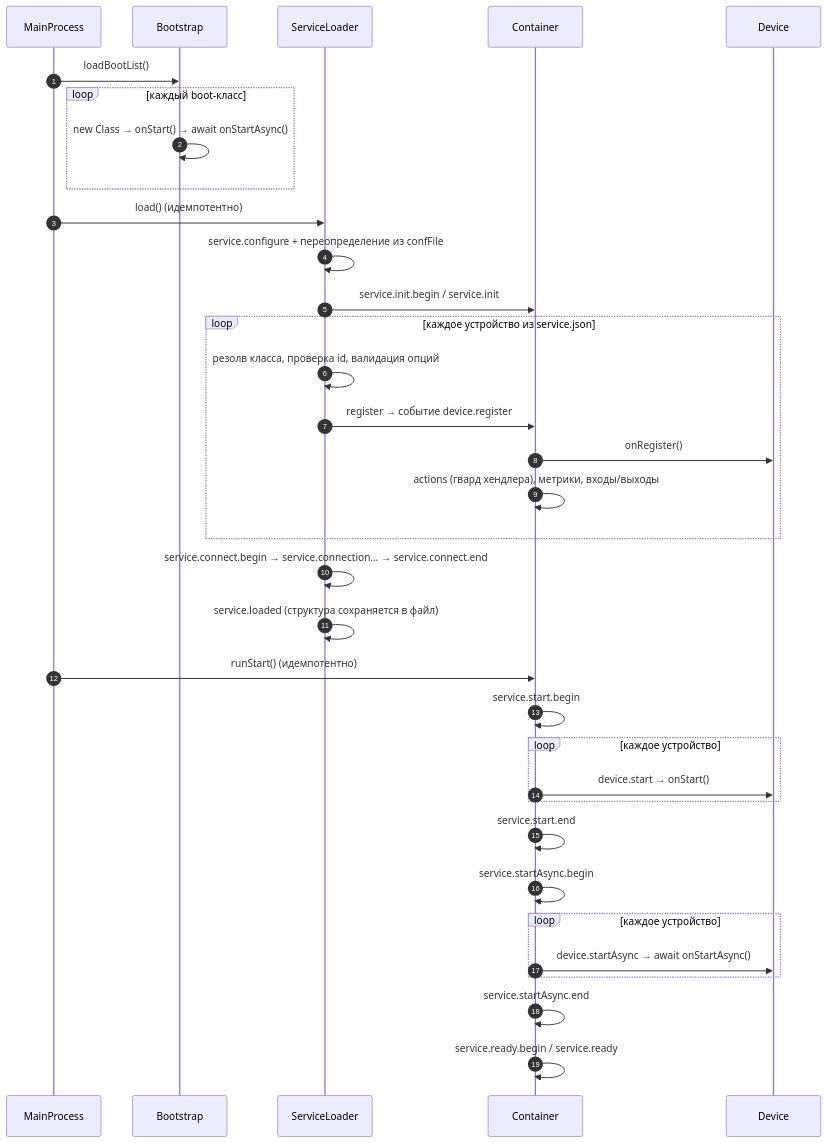
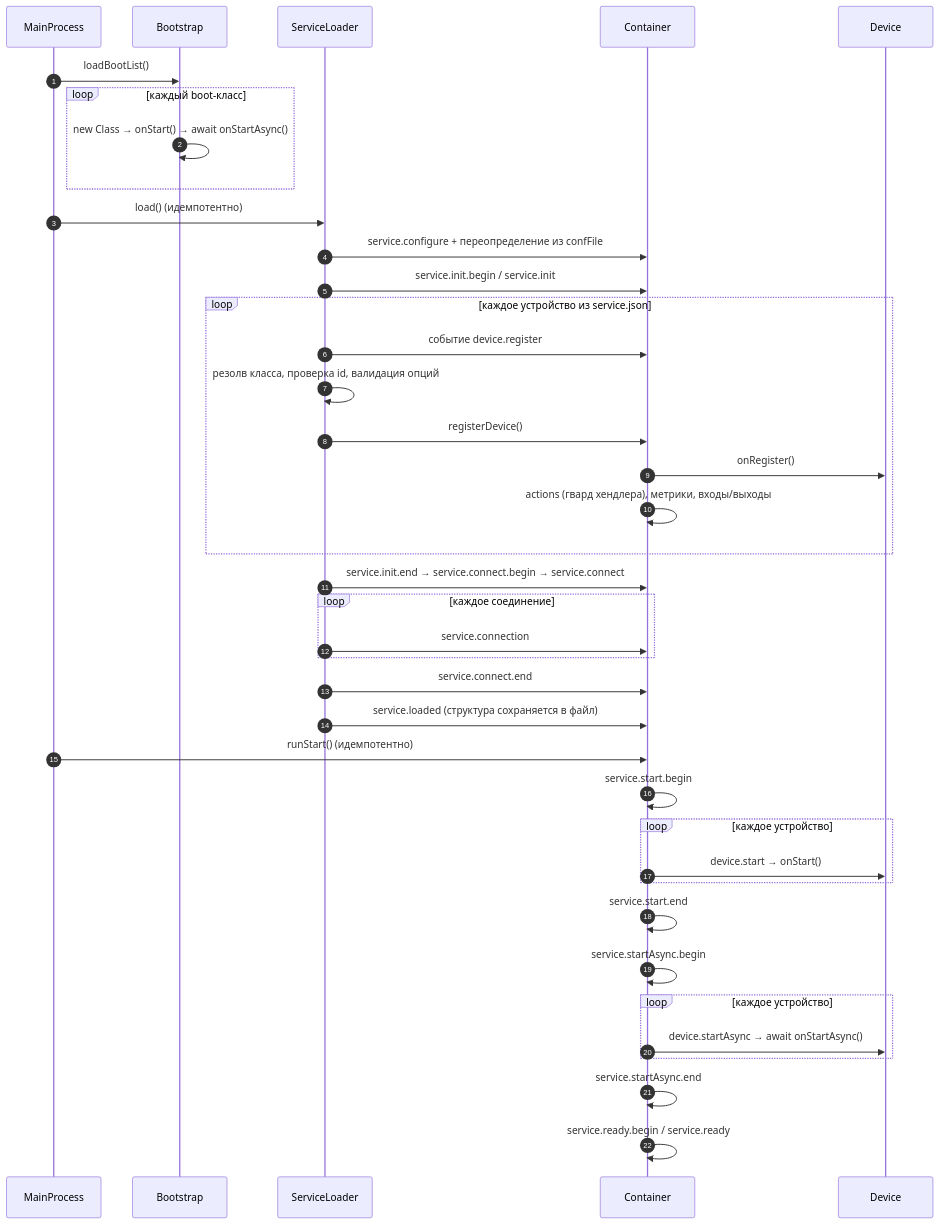
Before and after one commit to VRack2/vrack2-core: the first of 2 diagrams in docs/01-Architecture.md, drawn with Mermaid. The commit also changed other lines of this file and 30 other files, not shown here.

````diff
--- a/docs/01-Architecture.md
+++ b/docs/01-Architecture.md
@@ -35,37 +35,42 @@
 ```mermaid
 sequenceDiagram
     autonumber
     participant MP as MainProcess
     participant BS as Bootstrap
     participant SL as ServiceLoader
     participant C as Container
     participant D as Device
 
     MP->>BS: loadBootList()
     loop каждый boot-класс
         BS->>BS: new Class → onStart() → await onStartAsync()
     end
     MP->>SL: load()  (идемпотентно)
-    SL->>SL: service.configure + переопределение из confFile
+    SL->>C: service.configure + переопределение из confFile
     SL->>C: service.init.begin / service.init
     loop каждое устройство из service.json
+        SL->>C: событие device.register
         SL->>SL: резолв класса, проверка id, валидация опций
-        SL->>C: register → событие device.register
+        SL->>C: registerDevice()
         C->>D: onRegister()
         C->>C: actions (гвард хендлера), метрики, входы/выходы
     end
-    SL->>SL: service.connect.begin → service.connection… → service.connect.end
-    SL->>SL: service.loaded  (структура сохраняется в файл)
+    SL->>C: service.init.end → service.connect.begin → service.connect
+    loop каждое соединение
+        SL->>C: service.connection
+    end
+    SL->>C: service.connect.end
+    SL->>C: service.loaded  (структура сохраняется в файл)
     MP->>C: runStart()  (идемпотентно)
     C->>C: service.start.begin
     loop каждое устройство
         C->>D: device.start → onStart()
     end
     C->>C: service.start.end
     C->>C: service.startAsync.begin
     loop каждое устройство
         C->>D: device.startAsync → await onStartAsync()
     end
     C->>C: service.startAsync.end
     C->>C: service.ready.begin / service.ready
 ```
````
